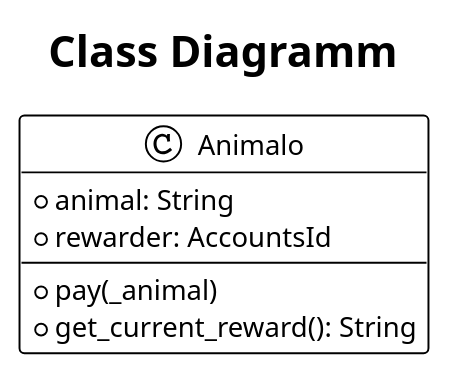
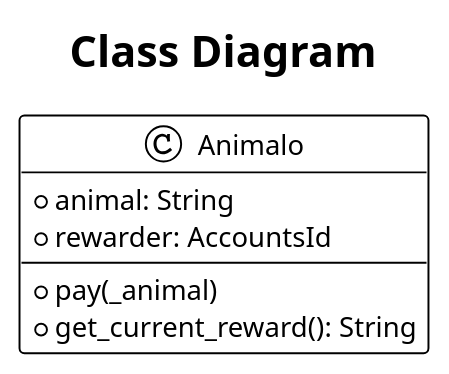
The second of 3 diagrams in practice/09/09-Ideas.md (FrankBevr/100-Ideas), drawn with PlantUML before and after one commit. The commit also changed other lines of this file and 1 other file, not shown here.

````diff
--- a/practice/09/09-Ideas.md
+++ b/practice/09/09-Ideas.md
@@ -85,11 +99,11 @@
 ```plantuml
 !theme plain
-title Class Diagramm
+title Class Diagram
 
 class Animalo{
     +animal: String
     +rewarder: AccountsId
     +pay(_animal)
     +get_current_reward(): String
 }
 ```
````
